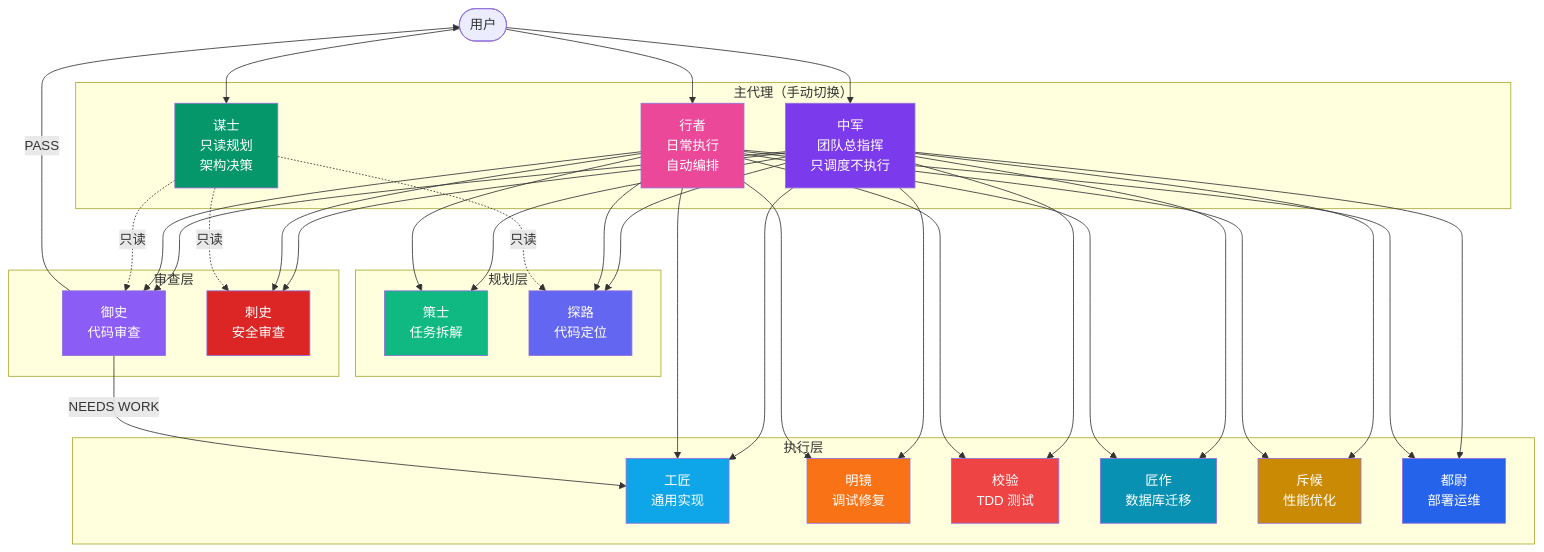
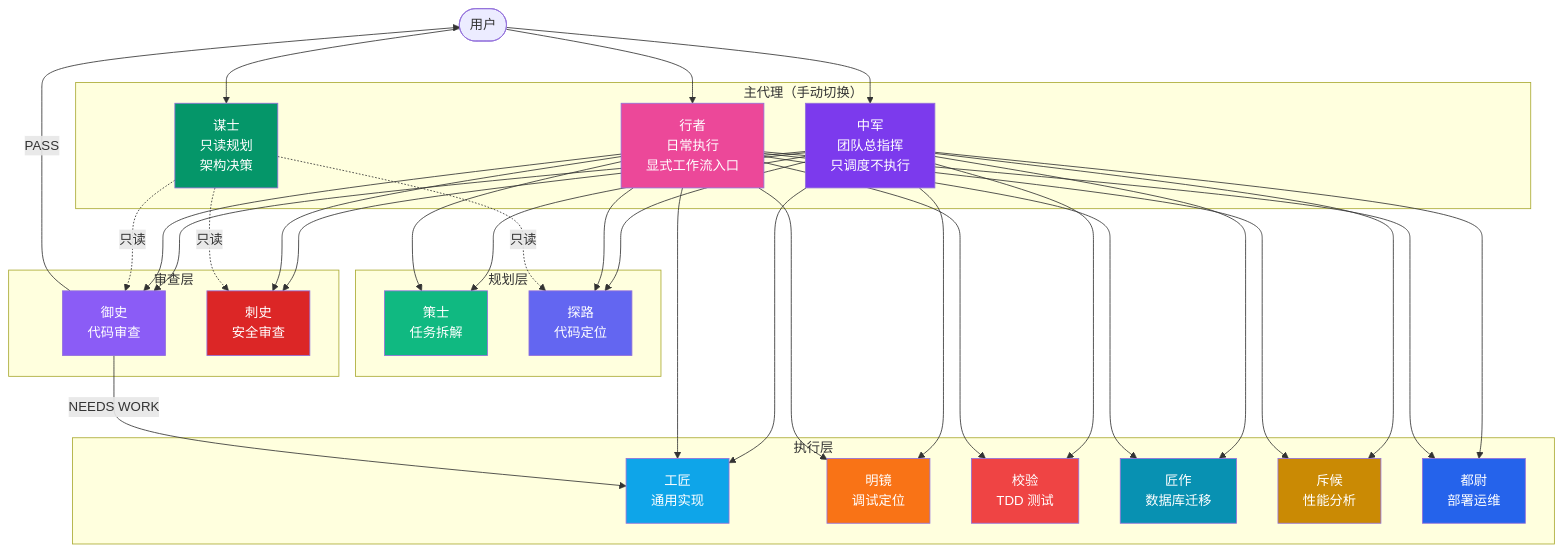
One commit to JochenYang/open-agent changed the diagram in README.md. Above: the diagram before and after it, drawn with Mermaid. The commit also changed other lines of this file and 15 other files, not shown here.

````diff
--- a/README.md
+++ b/README.md
@@ -36,52 +36,52 @@
 ```mermaid
 graph TB
     User(["用户"])
 
     subgraph Primary["主代理（手动切换）"]
         ZJ["中军<br/>团队总指挥<br/>只调度不执行"]
-        XZ["行者<br/>日常执行<br/>自动编排"]
+        XZ["行者<br/>日常执行<br/>显式工作流入口"]
         MS["谋士<br/>只读规划<br/>架构决策"]
     end
 
     subgraph Planning["规划层"]
         CSS["策士<br/>任务拆解"]
         TL["探路<br/>代码定位"]
     end
 
     subgraph Execution["执行层"]
         GJ["工匠<br/>通用实现"]
-        MJ["明镜<br/>调试修复"]
+        MJ["明镜<br/>调试定位"]
         JY["校验<br/>TDD 测试"]
         JZ["匠作<br/>数据库迁移"]
-        XH["斥候<br/>性能优化"]
+        XH["斥候<br/>性能分析"]
         DW["都尉<br/>部署运维"]
     end
 
     subgraph Review["审查层"]
         YSR["御史<br/>代码审查"]
         CSR["刺史<br/>安全审查"]
     end
 
     User --> ZJ & XZ & MS
 
     ZJ --> CSS & TL & GJ & MJ & JY & YSR & CSR & JZ & XH & DW
     XZ --> CSS & TL & GJ & MJ & JY & YSR & CSR & JZ & XH & DW
     MS -.->|只读| TL & YSR & CSR
 
     YSR -->|NEEDS WORK| GJ
     YSR -->|PASS| User
 
     style ZJ fill:#7C3AED,color:#fff
     style XZ fill:#EC4899,color:#fff
     style MS fill:#059669,color:#fff
     style CSS fill:#10B981,color:#fff
     style TL fill:#6366F1,color:#fff
     style GJ fill:#0EA5E9,color:#fff
     style MJ fill:#F97316,color:#fff
     style JY fill:#EF4444,color:#fff
     style JZ fill:#0891B2,color:#fff
     style XH fill:#CA8A04,color:#fff
     style DW fill:#2563EB,color:#fff
     style YSR fill:#8B5CF6,color:#fff
     style CSR fill:#DC2626,color:#fff
 ```
````
